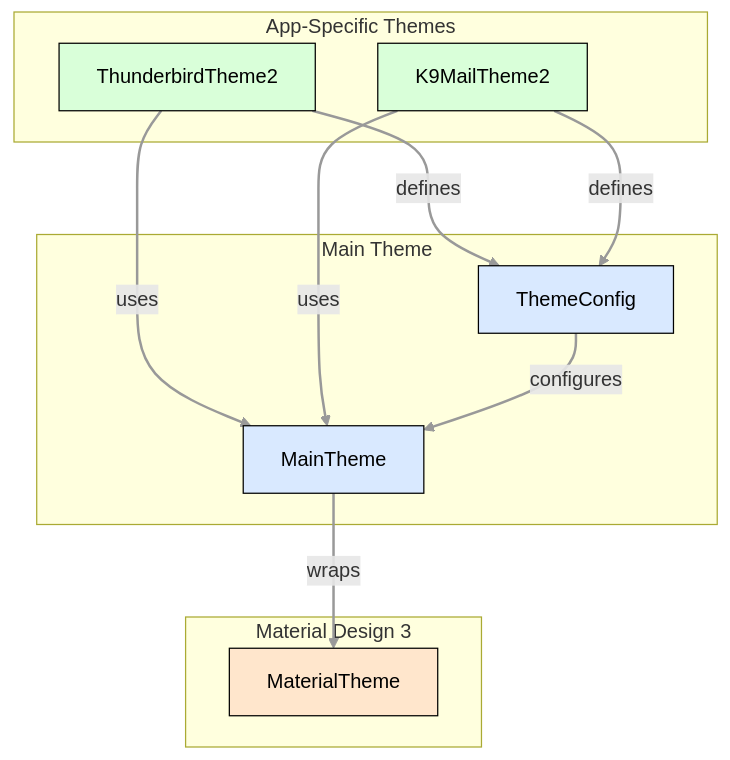
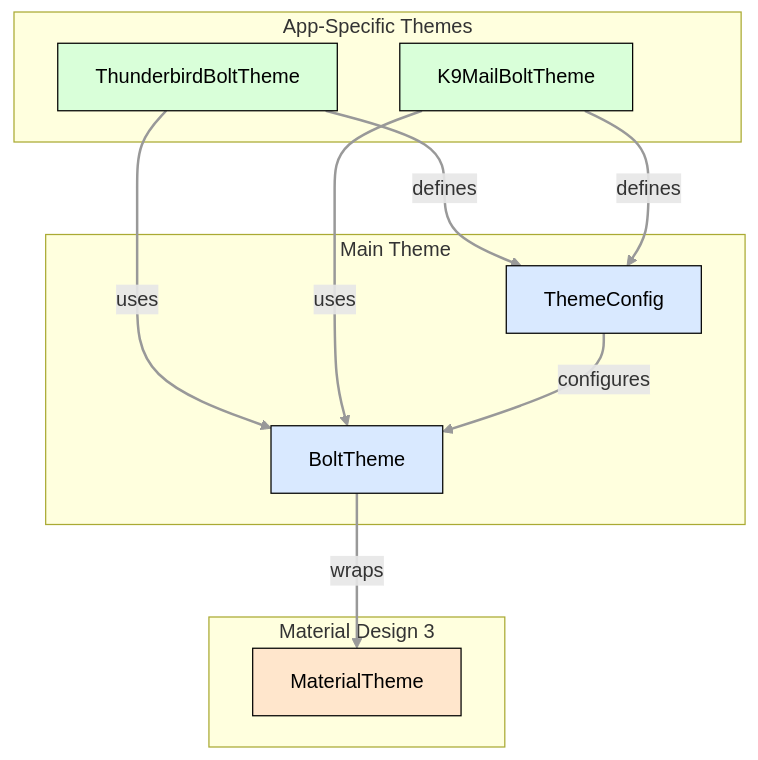
Before and after one commit to thunderbird/thunderbird-android: the diagram in docs/architecture/theme-system.md, drawn with Mermaid. The commit also changed other lines of this file and 234 other files, not shown here.

First line of the commit message:
refactor: replace MainTheme with BoltTheme across UI components

````diff
--- a/docs/architecture/theme-system.md
+++ b/docs/architecture/theme-system.md
@@ -29,33 +29,33 @@
 ```mermaid
 graph TD
     subgraph APP_THEMES["App-Specific Themes"]
-        TB_THEME[ThunderbirdTheme2]
-        K9_THEME[K9MailTheme2]
+        TB_THEME[ThunderbirdBoltTheme]
+        K9_THEME[K9MailBoltTheme]
     end
 
     subgraph MAIN["Main Theme"]
-        MAIN_THEME[MainTheme]
+        MAIN_THEME[BoltTheme]
         THEME_CONFIG[ThemeConfig]
     end
 
     subgraph MATERIAL["Material Design 3"]
         MAT_THEME[MaterialTheme]
     end
 
     TB_THEME --> |uses| MAIN_THEME
     TB_THEME --> |defines| THEME_CONFIG
     K9_THEME --> |uses| MAIN_THEME
     K9_THEME --> |defines| THEME_CONFIG
     THEME_CONFIG --> |configures| MAIN_THEME
     MAIN_THEME --> |wraps| MAT_THEME
 
     classDef app_theme fill:#d9ffd9,stroke:#000000,color:#000000
     classDef main_theme fill:#d9e9ff,stroke:#000000,color:#000000
     classDef material fill:#ffe6cc,stroke:#000000,color:#000000
 
     linkStyle default stroke:#999,stroke-width:2px
 
     class TB_THEME,K9_THEME app_theme
     class MAIN_THEME,THEME_CONFIG main_theme
     class MAT_THEME material
 ```
````
